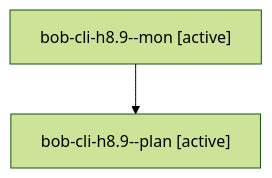
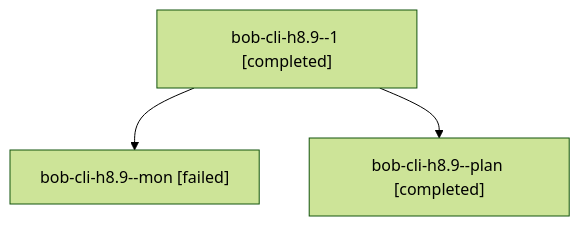
One commit to bobs-org/bob-cli--agents changed the diagram in sessions/bbugyi200.athena.bob-cli-h8.9.md. Above: the diagram before and after it, drawn with Mermaid (forest theme). The commit also changed other lines of this file and 66 other files, not shown here.

````diff
--- a/sessions/bbugyi200.athena.bob-cli-h8.9.md
+++ b/sessions/bbugyi200.athena.bob-cli-h8.9.md
@@ -9,6 +9,8 @@
 ```mermaid
 flowchart TD
-  n0["bob-cli-h8.9--mon [active]"]
-  n1["bob-cli-h8.9--plan [active]"]
+  n0["bob-cli-h8.9--1 [completed]"]
+  n1["bob-cli-h8.9--mon [failed]"]
   n0 --> n1
+  n2["bob-cli-h8.9--plan [completed]"]
+  n0 --> n2
 ```
````
